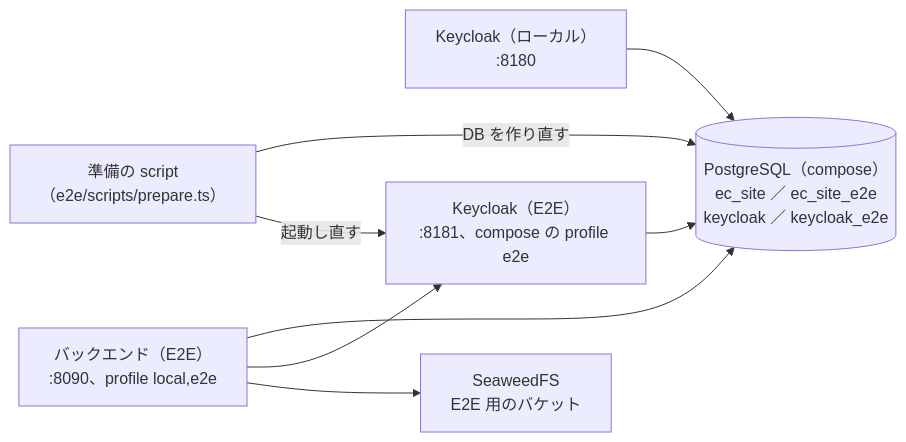
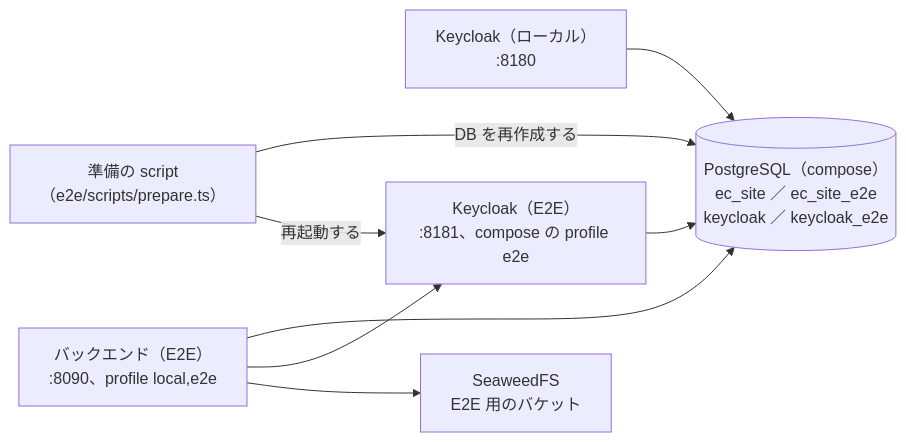
Before and after one commit to roger88106/ec-site: the diagram in docs/specs/004-foundation/plan.md, drawn with Mermaid. The commit also changed other lines of this file and 231 other files, not shown here.

````diff
--- a/docs/specs/004-foundation/plan.md
+++ b/docs/specs/004-foundation/plan.md
@@ -197,16 +197,16 @@
 ```mermaid
 flowchart LR
     prepare["準備の script<br/>（e2e/scripts/prepare.ts）"]
     pg[("PostgreSQL（compose）<br/>ec_site ／ ec_site_e2e<br/>keycloak ／ keycloak_e2e")]
     kc["Keycloak（ローカル）<br/>:8180"]
     kce["Keycloak（E2E）<br/>:8181、compose の profile e2e"]
     be["バックエンド（E2E）<br/>:8090、profile local,e2e"]
     s3["SeaweedFS<br/>E2E 用のバケット"]
-    prepare -- "DB を作り直す" --> pg
-    prepare -- "起動し直す" --> kce
+    prepare -- "DB を再作成する" --> pg
+    prepare -- "再起動する" --> kce
     be --> pg
     be --> kce
     be --> s3
     kc --> pg
     kce --> pg
 ```
````
